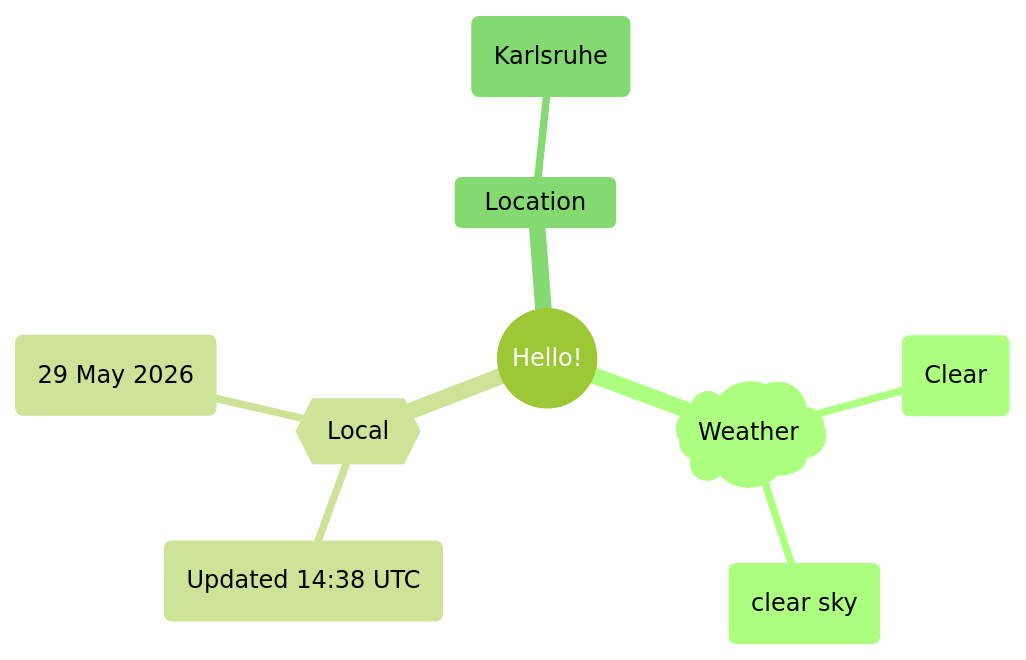
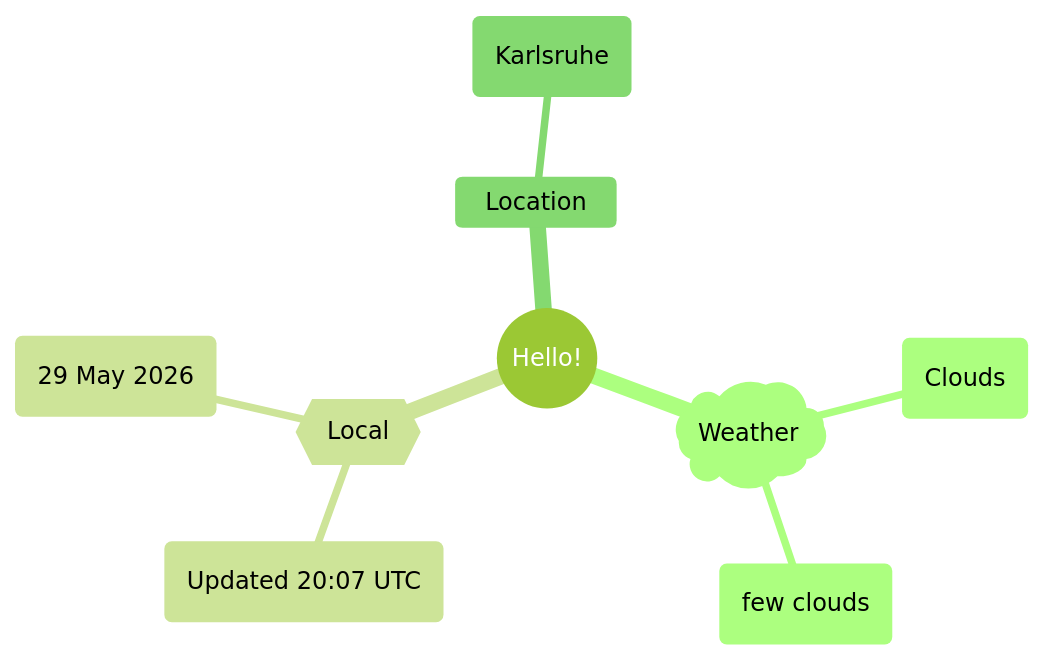
Before and after one commit to Xosrov/Xosrov: the first of 2 diagrams in README.md, drawn with Mermaid (forest theme).

Commit message:
[bot] updated images

````diff
--- a/README.md
+++ b/README.md
@@ -3,12 +3,12 @@
 ```mermaid
 mindmap
   root((Hello!))
     )Weather(
-        (Clear)
-        (clear sky)
+        (Clouds)
+        (few clouds)
     {{Local}}
-        (Updated 14:38 UTC)
+        (Updated 20:07 UTC)
         (29 May 2026)
     Location
         (Karlsruhe)
 ```
````
